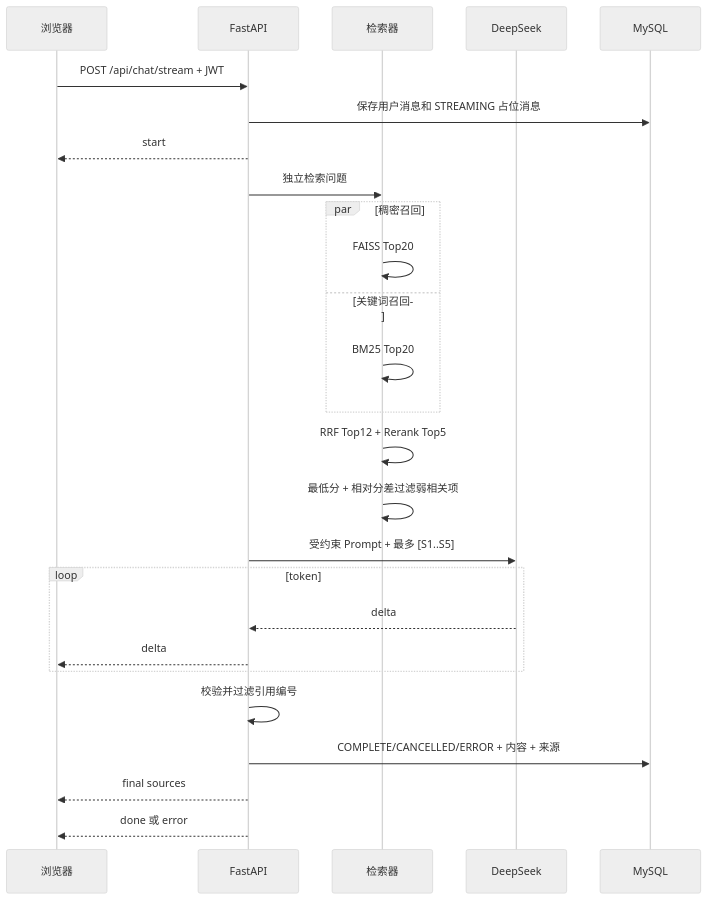
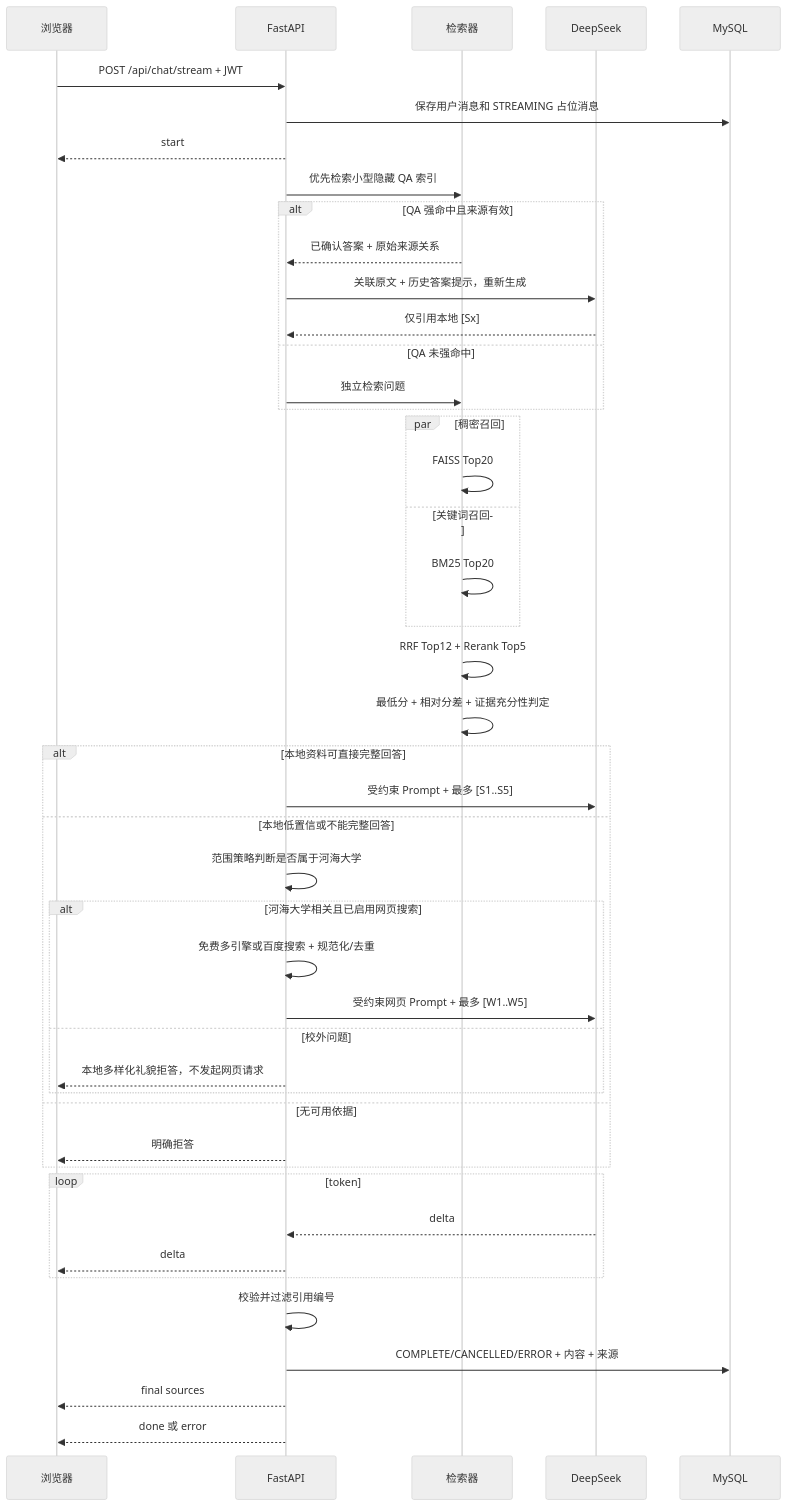
Before and after one commit to Wang-Ruibin/RAG: the second of 2 diagrams in docs/architecture.md, drawn with Mermaid (neutral theme). The commit also changed other lines of this file and 62 other files, not shown here.

````diff
--- a/docs/architecture.md
+++ b/docs/architecture.md
@@ -54,28 +64,47 @@
 ```mermaid
 sequenceDiagram
     participant C as 浏览器
     participant A as FastAPI
     participant R as 检索器
     participant D as DeepSeek
     participant M as MySQL
     C->>A: POST /api/chat/stream + JWT
     A->>M: 保存用户消息和 STREAMING 占位消息
     A-->>C: start
-    A->>R: 独立检索问题
+    A->>R: 优先检索小型隐藏 QA 索引
+    alt QA 强命中且来源有效
+        R-->>A: 已确认答案 + 原始来源关系
+        A->>D: 关联原文 + 历史答案提示，重新生成
+        D-->>A: 仅引用本地 [Sx]
+    else QA 未强命中
+        A->>R: 独立检索问题
+    end
     par 稠密召回
         R->>R: FAISS Top20
     and 关键词召回
         R->>R: BM25 Top20
     end
     R->>R: RRF Top12 + Rerank Top5
-    R->>R: 最低分 + 相对分差过滤弱相关项
-    A->>D: 受约束 Prompt + 最多 [S1..S5]
+    R->>R: 最低分 + 相对分差 + 证据充分性判定
+    alt 本地资料可直接完整回答
+        A->>D: 受约束 Prompt + 最多 [S1..S5]
+    else 本地低置信或不能完整回答
+        A->>A: 范围策略判断是否属于河海大学
+        alt 河海大学相关且已启用网页搜索
+            A->>A: 免费多引擎或百度搜索 + 规范化/去重
+            A->>D: 受约束网页 Prompt + 最多 [W1..W5]
+        else 校外问题
+            A-->>C: 本地多样化礼貌拒答，不发起网页请求
+        end
+    else 无可用依据
+        A-->>C: 明确拒答
+    end
     loop token
         D-->>A: delta
         A-->>C: delta
     end
     A->>A: 校验并过滤引用编号
     A->>M: COMPLETE/CANCELLED/ERROR + 内容 + 来源
     A-->>C: final sources
     A-->>C: done 或 error
 ```
````
